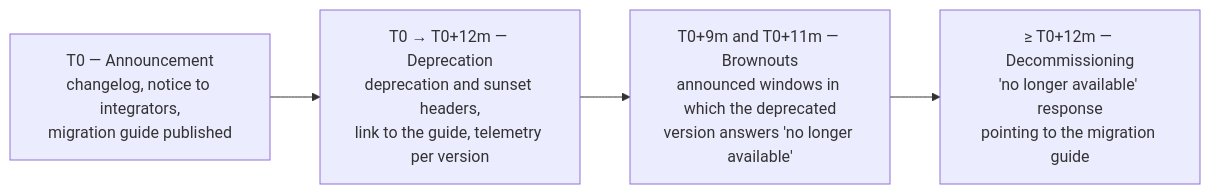
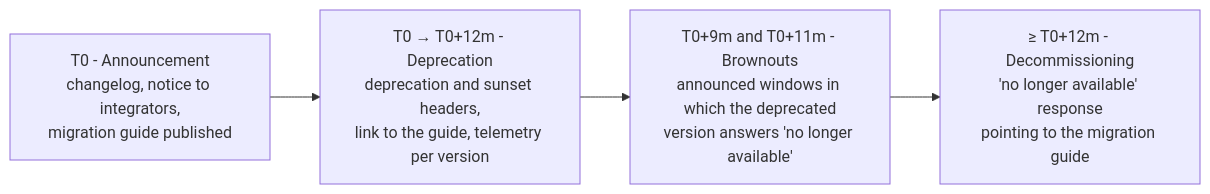
One commit to fedcal/Telemedic changed the diagram in website/i18n/en/docusaurus-plugin-content-docs/current/04_protocols/01-principi-di-interoperabilita.md. Above: the diagram before and after it, drawn with Mermaid. The commit also changed other lines of this file and 301 other files, not shown here.

````diff
--- a/website/i18n/en/docusaurus-plugin-content-docs/current/04_protocols/01-principi-di-interoperabilita.md
+++ b/website/i18n/en/docusaurus-plugin-content-docs/current/04_protocols/01-principi-di-interoperabilita.md
@@ -323,8 +323,8 @@
 ```mermaid
 flowchart LR
-    A["T0 — Announcement<br/>changelog, notice to integrators,<br/>migration guide published"]
-    B["T0 → T0+12m — Deprecation<br/>deprecation and sunset headers,<br/>link to the guide, telemetry per version"]
-    C["T0+9m and T0+11m — Brownouts<br/>announced windows in which the deprecated<br/>version answers 'no longer available'"]
-    D["≥ T0+12m — Decommissioning<br/>'no longer available' response<br/>pointing to the migration guide"]
+    A["T0 - Announcement<br/>changelog, notice to integrators,<br/>migration guide published"]
+    B["T0 → T0+12m - Deprecation<br/>deprecation and sunset headers,<br/>link to the guide, telemetry per version"]
+    C["T0+9m and T0+11m - Brownouts<br/>announced windows in which the deprecated<br/>version answers 'no longer available'"]
+    D["≥ T0+12m - Decommissioning<br/>'no longer available' response<br/>pointing to the migration guide"]
     A --> B --> C --> D
 ```
````
